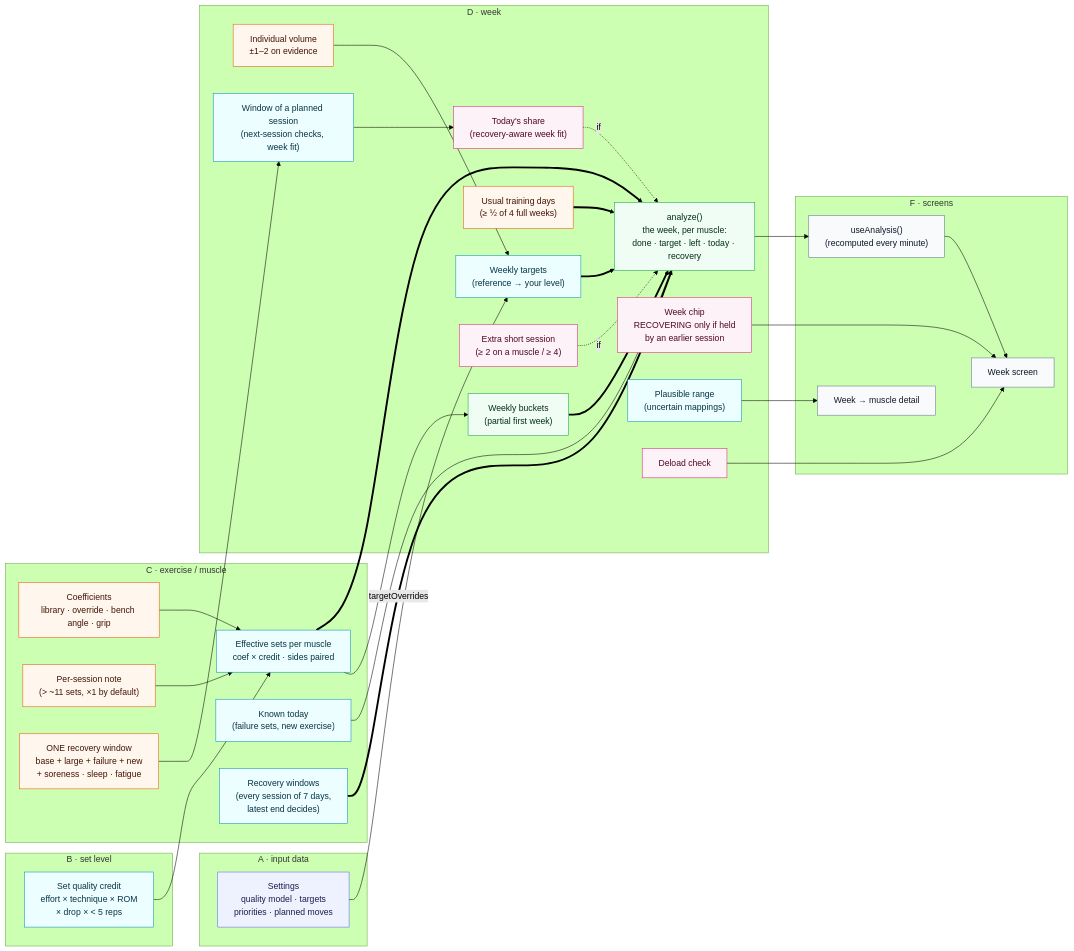
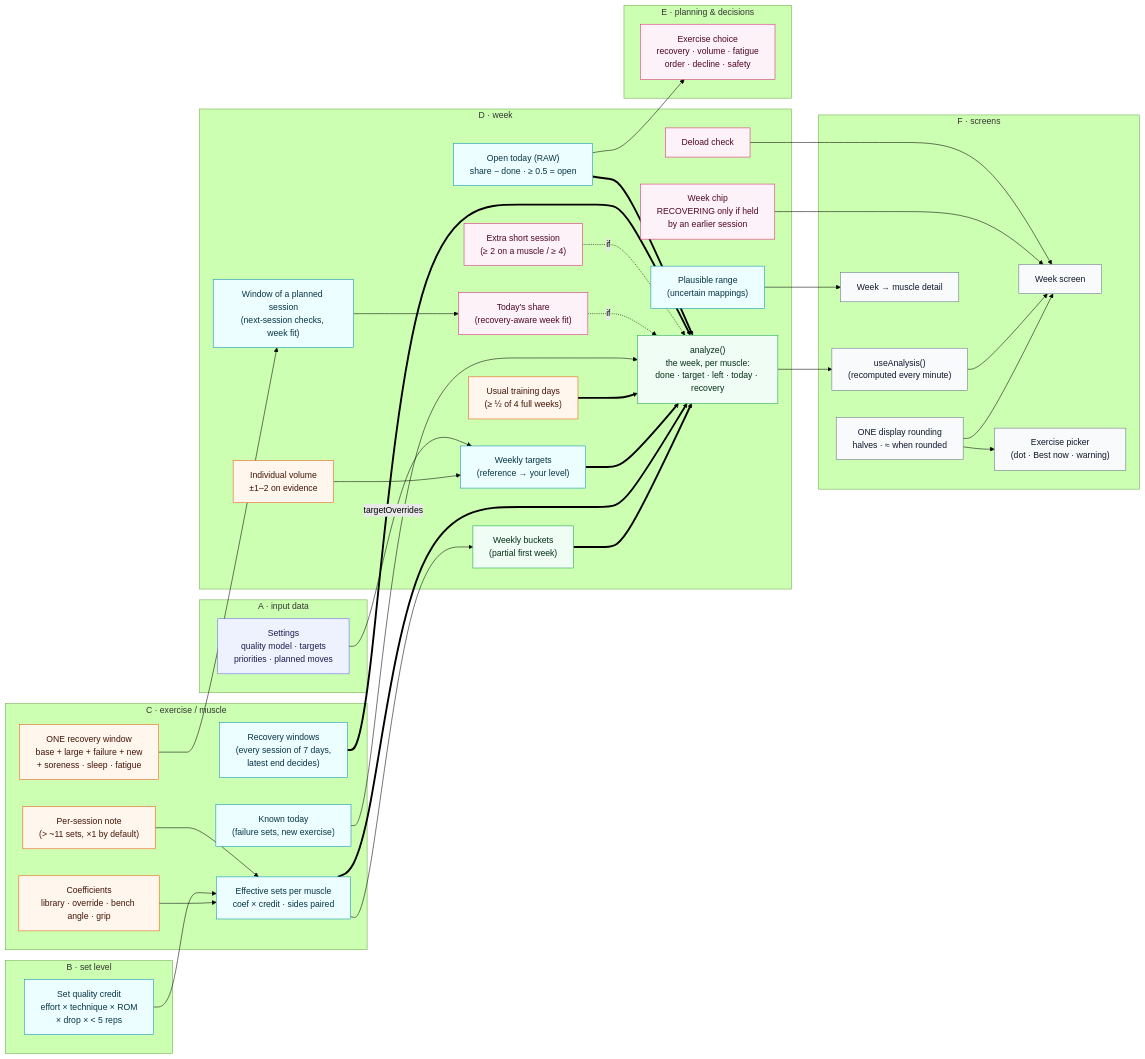
The third of 8 diagrams in docs/FORMULA_DEPENDENCY_MAP.md (seniashinmaksim/gym-rat), drawn with Mermaid (forest theme) before and after one commit. The commit also changed other lines of this file and 18 other files, not shown here.

First line of the commit message:
Owner's recommendations: one 'held up' baseline (median of 3), raw open sets + one display rounding, one-set exercises tested; map updated

````diff
--- a/docs/FORMULA_DEPENDENCY_MAP.md
+++ b/docs/FORMULA_DEPENDENCY_MAP.md
@@ -245,62 +245,72 @@
 ```mermaid
 flowchart LR
   subgraph A["A · input data"]
     in_settings["Settings<br/>quality model · targets<br/>priorities · planned moves"]:::input
   end
   subgraph B["B · set level"]
     assess["Set quality credit<br/>effort × technique × ROM<br/>× drop × < 5 reps"]:::formula
   end
   subgraph C["C · exercise / muscle"]
     coef["Coefficients<br/>library · override · bench angle · grip"]:::rule
     volume["Effective sets per muscle<br/>coef × credit · sides paired"]:::formula
     taper["Per-session note<br/>(> ~11 sets, ×1 by default)"]:::rule
     window["ONE recovery window<br/>base + large + failure + new<br/>+ soreness · sleep · fatigue"]:::rule
     todayextra["Known today<br/>(failure sets, new exercise)"]:::formula
     recovery["Recovery windows<br/>(every session of 7 days,<br/>latest end decides)"]:::formula
   end
   subgraph D["D · week"]
     weekly["Weekly buckets<br/>(partial first week)"]:::aggregation
     analyze["analyze()<br/>the week, per muscle:<br/>done · target · left · today · recovery"]:::aggregation
     volresp["Individual volume<br/>±1–2 on evidence"]:::rule
     targets["Weekly targets<br/>(reference → your level)"]:::formula
     usual["Usual training days<br/>(≥ ½ of 4 full weeks)"]:::rule
     sesswin["Window of a planned session<br/>(next-session checks, week fit)"]:::formula
     fit["Today's share<br/>(recovery-aware week fit)"]:::decision
     extra["Extra short session<br/>(≥ 2 on a muscle / ≥ 4)"]:::decision
+    openshare["Open today (RAW)<br/>share − done · ≥ 0.5 = open"]:::formula
     weekchip["Week chip<br/>RECOVERING only if held<br/>by an earlier session"]:::decision
     mapspread["Plausible range<br/>(uncertain mappings)"]:::formula
     deload["Deload check"]:::decision
   end
+  subgraph E["E · planning & decisions"]
+    choice["Exercise choice<br/>recovery · volume · fatigue<br/>order · decline · safety"]:::decision
+  end
   subgraph F["F · screens"]
+    display["ONE display rounding<br/>halves · ≈ when rounded"]:::ui
+    ui_week["Week screen"]:::ui
+    ui_picker["Exercise picker<br/>(dot · Best now · warning)"]:::ui
     ui_analysis["useAnalysis()<br/>(recomputed every minute)"]:::ui
-    ui_week["Week screen"]:::ui
     ui_muscledetail["Week → muscle detail"]:::ui
   end
   coef --> volume
   assess --> volume
   taper --> volume
   volume --> weekly
   weekly ==> analyze
   volume ==> analyze
   volresp --> targets
   in_settings -->|targetOverrides| targets
   targets ==> analyze
   usual ==> analyze
   window --> sesswin
   sesswin --> fit
   todayextra --> analyze
   fit -.->|if| analyze
   extra -.->|if| analyze
   recovery ==> analyze
+  openshare ==> analyze
+  openshare --> choice
+  display --> ui_week
+  display --> ui_picker
   analyze --> ui_analysis
   ui_analysis --> ui_week
   weekchip --> ui_week
   mapspread --> ui_muscledetail
   deload --> ui_week
   classDef input fill:#eef2ff,stroke:#6366f1,color:#1e1b4b
   classDef formula fill:#ecfeff,stroke:#0891b2,color:#083344
   classDef rule fill:#fff7ed,stroke:#ea580c,color:#431407
   classDef aggregation fill:#f0fdf4,stroke:#16a34a,color:#052e16
   classDef decision fill:#fdf2f8,stroke:#db2777,color:#500724
   classDef ui fill:#f8fafc,stroke:#64748b,color:#0f172a
 ```
````
